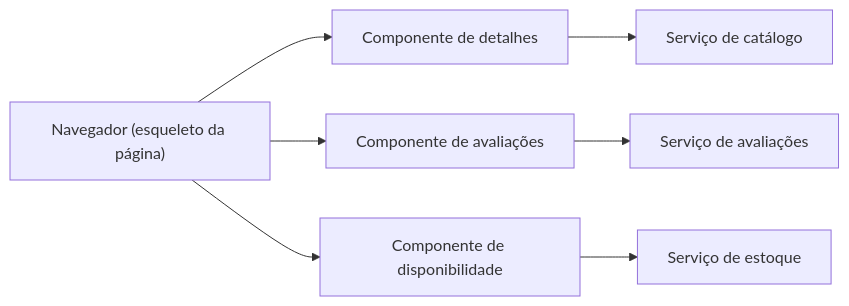
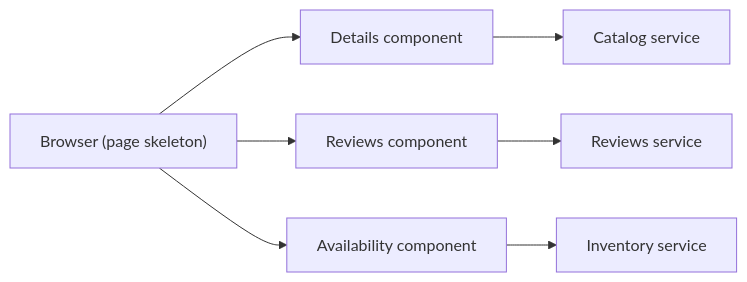
The diagram in docs/architecture/microservices/ui-design/client-side-ui-composition.md (alancesar/design-patterns), drawn with Mermaid before and after one commit. The commit also changed 258 other files, not shown here.

First line of the commit message:
Translate Mermaid diagrams to English

````diff
--- a/docs/architecture/microservices/ui-design/client-side-ui-composition.md
+++ b/docs/architecture/microservices/ui-design/client-side-ui-composition.md
@@ -52,9 +52,9 @@
 ```mermaid
 flowchart LR
-    N["Navegador (esqueleto da página)"] --> C1[Componente de detalhes]
-    N --> C2[Componente de avaliações]
-    N --> C3[Componente de disponibilidade]
-    C1 --> S1[Serviço de catálogo]
-    C2 --> S2[Serviço de avaliações]
-    C3 --> S3[Serviço de estoque]
+    N["Browser (page skeleton)"] --> C1[Details component]
+    N --> C2[Reviews component]
+    N --> C3[Availability component]
+    C1 --> S1[Catalog service]
+    C2 --> S2[Reviews service]
+    C3 --> S3[Inventory service]
 ```
````
